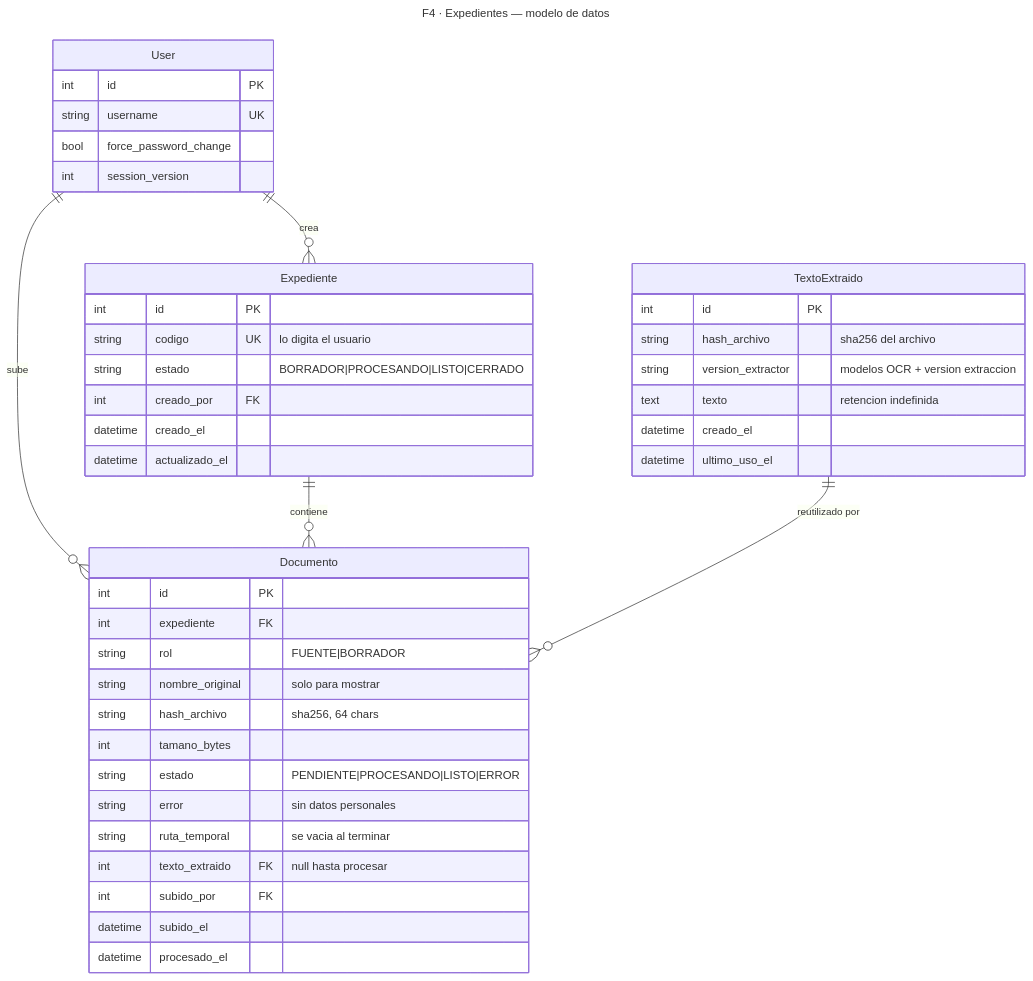
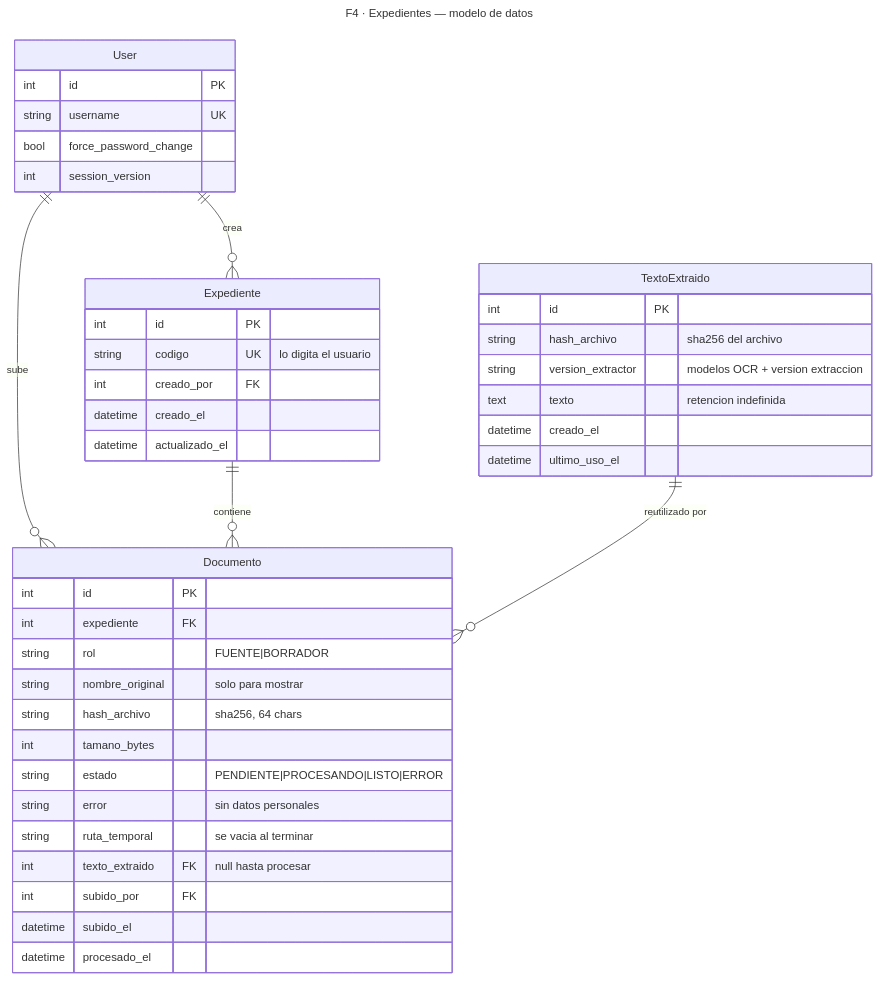
One commit to Angello5/confrontador-notarial changed the diagram in docs/arquitectura/f4-expedientes-modelo.mmd. Above: the diagram before and after it, drawn with Mermaid. The commit also changed 3 other files, not shown here.

```diff
--- a/docs/arquitectura/f4-expedientes-modelo.mmd
+++ b/docs/arquitectura/f4-expedientes-modelo.mmd
@@ -1,49 +1,49 @@
 ---
 title: F4 · Expedientes — modelo de datos
 ---
 erDiagram
     User ||--o{ Expediente : "crea"
     User ||--o{ Documento : "sube"
     Expediente ||--o{ Documento : "contiene"
     TextoExtraido ||--o{ Documento : "reutilizado por"
 
     User {
         int id PK
         string username UK
         bool force_password_change
         int session_version
     }
 
     Expediente {
         int id PK
         string codigo UK "lo digita el usuario"
-        string estado "BORRADOR|PROCESANDO|LISTO|CERRADO"
+        %% sin estado: se deriva de sus documentos
         int creado_por FK
         datetime creado_el
         datetime actualizado_el
     }
 
     Documento {
         int id PK
         int expediente FK
         string rol "FUENTE|BORRADOR"
         string nombre_original "solo para mostrar"
         string hash_archivo "sha256, 64 chars"
         int tamano_bytes
         string estado "PENDIENTE|PROCESANDO|LISTO|ERROR"
         string error "sin datos personales"
         string ruta_temporal "se vacia al terminar"
         int texto_extraido FK "null hasta procesar"
         int subido_por FK
         datetime subido_el
         datetime procesado_el
     }
 
     TextoExtraido {
         int id PK
         string hash_archivo "sha256 del archivo"
         string version_extractor "modelos OCR + version extraccion"
         text texto "retencion indefinida"
         datetime creado_el
         datetime ultimo_uso_el
     }
```
